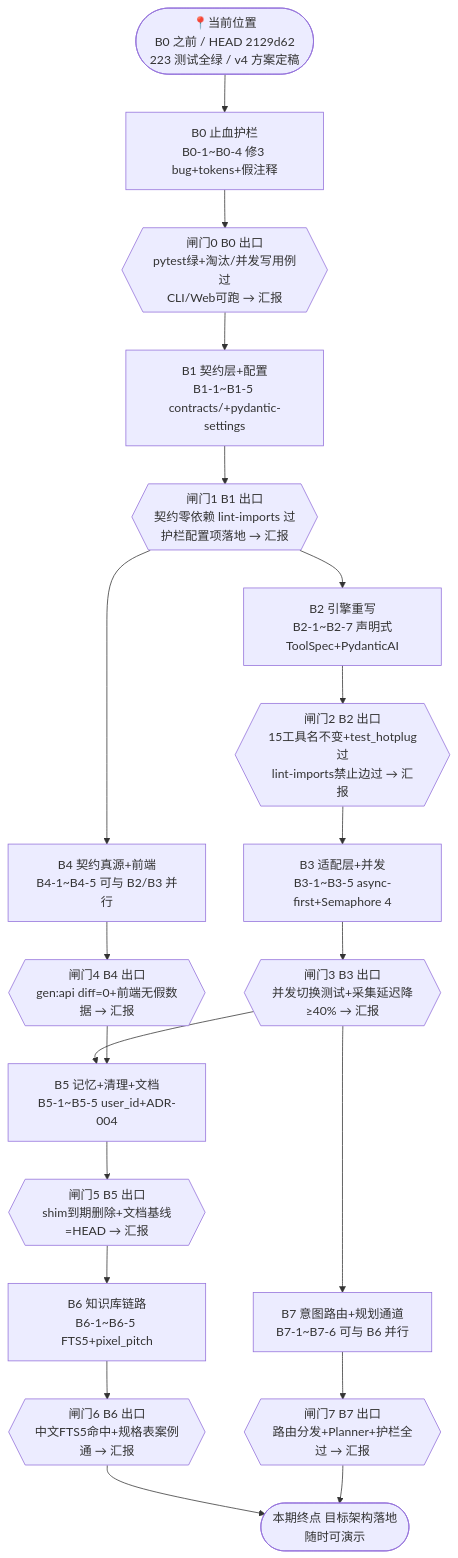
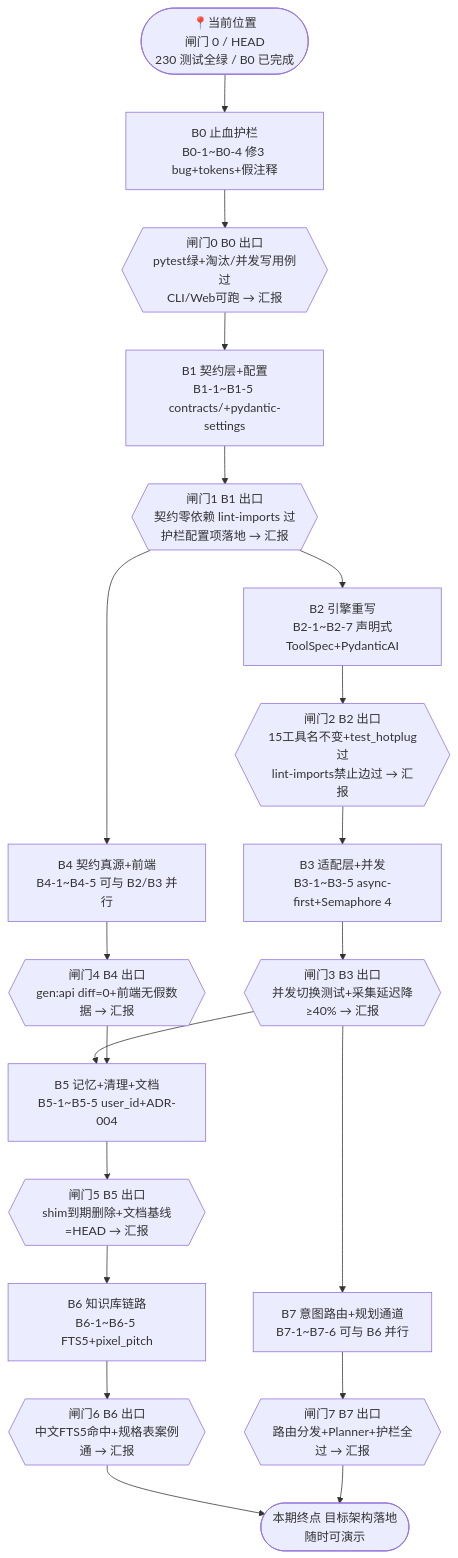
The diagram in docs/codex-longterm-goal.md (North-Q/LightTrail), drawn with Mermaid before and after one commit. The commit also changed other lines of this file and 4 other files, not shown here.

````diff
--- a/docs/codex-longterm-goal.md
+++ b/docs/codex-longterm-goal.md
@@ -24,23 +24,23 @@
 ```mermaid
 graph TD
-    S([📍当前位置<br/>B0 之前 / HEAD 2129d62<br/>223 测试全绿 / v4 方案定稿]) --> B0
+    S([📍当前位置<br/>闸门 0 / HEAD <B0-4 收口提交><br/>230 测试全绿 / B0 已完成]) --> B0
 
     B0[B0 止血护栏<br/>B0-1~B0-4 修3 bug+tokens+假注释] --> G0{{闸门0 B0 出口<br/>pytest绿+淘汰/并发写用例过<br/>CLI/Web可跑 → 汇报}}
     G0 --> B1[B1 契约层+配置<br/>B1-1~B1-5 contracts/+pydantic-settings]
     B1 --> G1{{闸门1 B1 出口<br/>契约零依赖 lint-imports 过<br/>护栏配置项落地 → 汇报}}
     G1 --> B2[B2 引擎重写<br/>B2-1~B2-7 声明式ToolSpec+PydanticAI]
     G1 --> B4[B4 契约真源+前端<br/>B4-1~B4-5 可与 B2/B3 并行]
     B2 --> G2{{闸门2 B2 出口<br/>15工具名不变+test_hotplug过<br/>lint-imports禁止边过 → 汇报}}
     G2 --> B3[B3 适配层+并发<br/>B3-1~B3-5 async-first+Semaphore 4]
     B4 --> G4{{闸门4 B4 出口<br/>gen:api diff=0+前端无假数据 → 汇报}}
     B3 --> G3{{闸门3 B3 出口<br/>并发切换测试+采集延迟降≥40% → 汇报}}
     G3 --> B5[B5 记忆+清理+文档<br/>B5-1~B5-5 user_id+ADR-004]
     G4 --> B5
     B5 --> G5{{闸门5 B5 出口<br/>shim到期删除+文档基线=HEAD → 汇报}}
     G5 --> B6[B6 知识库链路<br/>B6-1~B6-5 FTS5+pixel_pitch]
     G3 --> B7[B7 意图路由+规划通道<br/>B7-1~B7-6 可与 B6 并行]
     B6 --> G6{{闸门6 B6 出口<br/>中文FTS5命中+规格表案例通 → 汇报}}
     B7 --> G7{{闸门7 B7 出口<br/>路由分发+Planner+护栏全过 → 汇报}}
     G6 --> Z([本期终点 目标架构落地<br/>随时可演示])
     G7 --> Z
 ```
````
